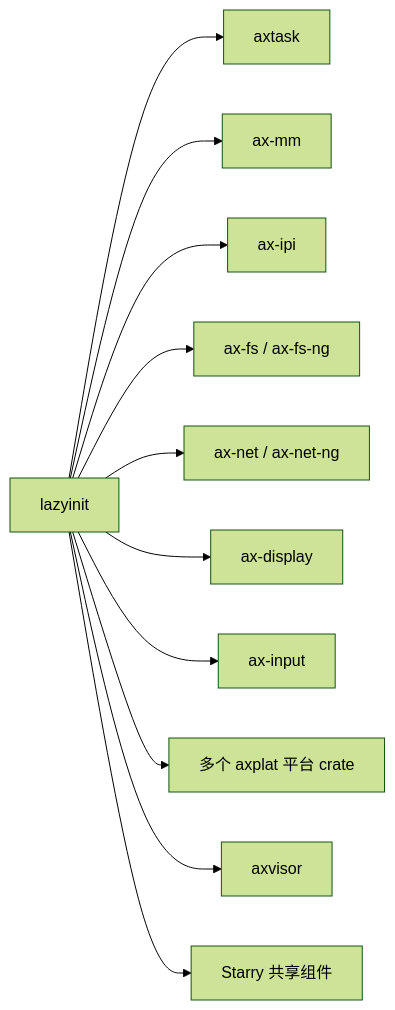
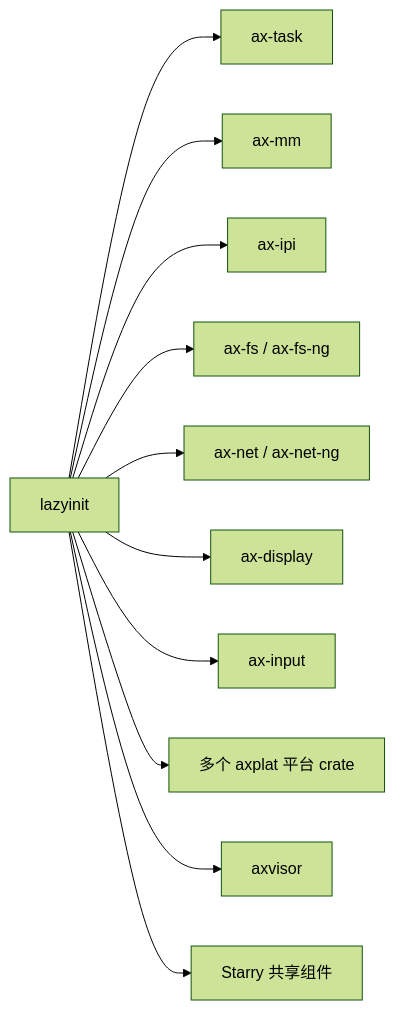
Before and after one commit to zKurisu/tgoskits: the second of 2 diagrams in docs/crates/lazyinit.md, drawn with Mermaid (forest theme). The commit also changed other lines of this file and 133 other files, not shown here.

Commit message:
rename axtask to ax-task

````diff
--- a/docs/crates/lazyinit.md
+++ b/docs/crates/lazyinit.md
@@ -72,13 +72,13 @@
 ```mermaid
 graph LR
-    lazyinit["lazyinit"] --> axtask["axtask"]
+    lazyinit["lazyinit"] --> ax-task["ax-task"]
     lazyinit --> ax-mm["ax-mm"]
     lazyinit --> ax-ipi["ax-ipi"]
     lazyinit --> ax-fs["ax-fs / ax-fs-ng"]
     lazyinit --> ax-net["ax-net / ax-net-ng"]
     lazyinit --> ax-display["ax-display"]
     lazyinit --> ax-input["ax-input"]
     lazyinit --> axplat["多个 axplat 平台 crate"]
     lazyinit --> axvisor["axvisor"]
     lazyinit --> starry["Starry 共享组件"]
 ```
````
